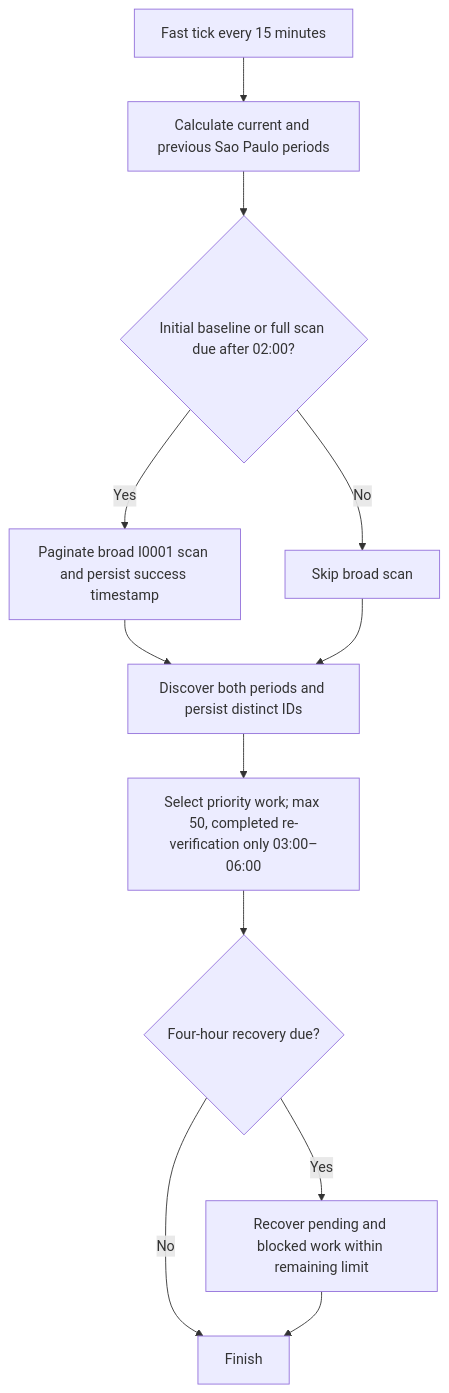
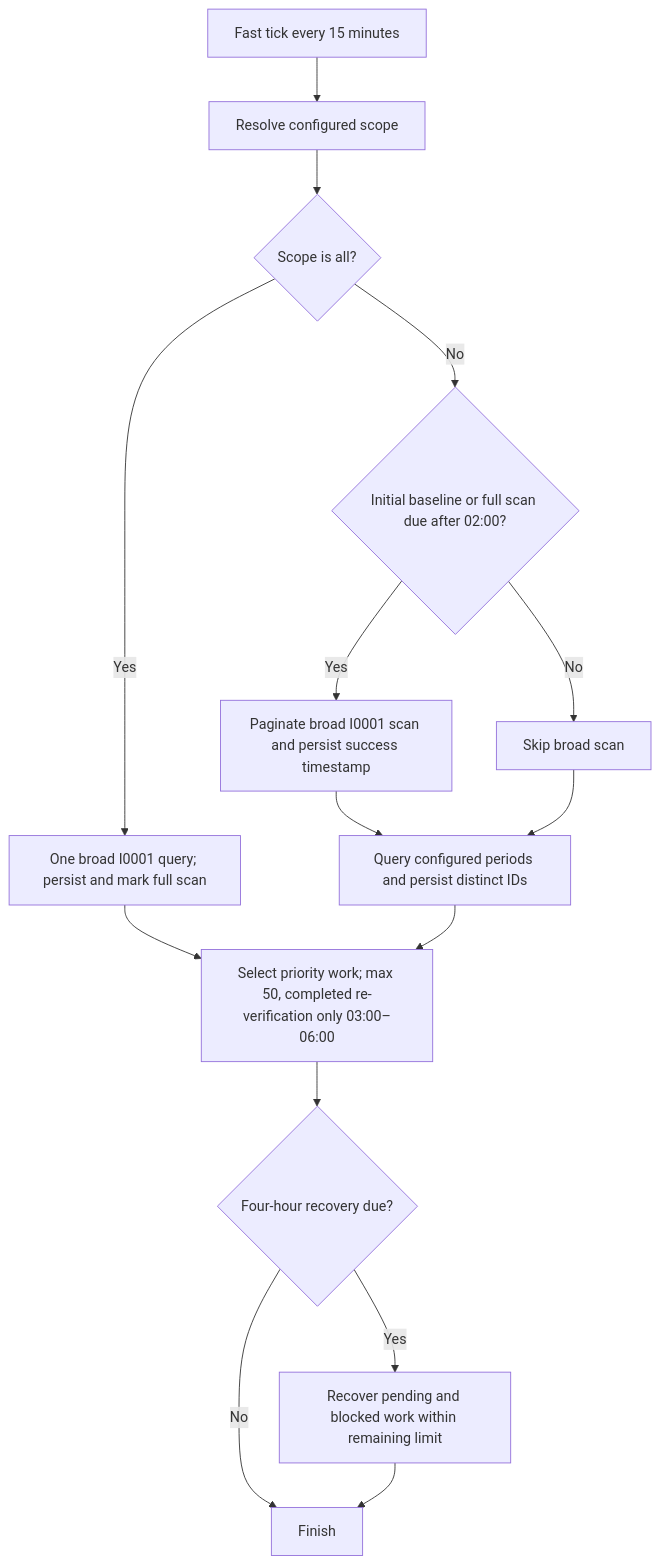
One commit to lmssandbox-dev/section-association-fix changed the diagram in TECHNICAL.md. Above: the diagram before and after it, drawn with Mermaid. The commit also changed other lines of this file and 14 other files, not shown here.

````diff
--- a/TECHNICAL.md
+++ b/TECHNICAL.md
@@ -52,14 +53,17 @@
 ```mermaid
 flowchart TD
-  A[Fast tick every 15 minutes] --> B[Calculate current and previous Sao Paulo periods]
-  B --> C{Initial baseline or full scan due after 02:00?}
-  C -- Yes --> D[Paginate broad I0001 scan and persist success timestamp]
-  C -- No --> E[Skip broad scan]
-  D --> F[Discover both periods and persist distinct IDs]
-  E --> F
-  F --> G[Select priority work; max 50, completed re-verification only 03:00–06:00]
-  G --> H{Four-hour recovery due?}
-  H -- Yes --> I[Recover pending and blocked work within remaining limit]
-  H -- No --> J[Finish]
-  I --> J
+  A[Fast tick every 15 minutes] --> B[Resolve configured scope]
+  B --> C{Scope is all?}
+  C -- Yes --> D[One broad I0001 query; persist and mark full scan]
+  C -- No --> E{Initial baseline or full scan due after 02:00?}
+  E -- Yes --> F[Paginate broad I0001 scan and persist success timestamp]
+  E -- No --> G[Skip broad scan]
+  F --> H[Query configured periods and persist distinct IDs]
+  G --> H
+  D --> I[Select priority work; max 50, completed re-verification only 03:00–06:00]
+  H --> I
+  I --> J{Four-hour recovery due?}
+  J -- Yes --> K[Recover pending and blocked work within remaining limit]
+  J -- No --> L[Finish]
+  K --> L
 ```
````
